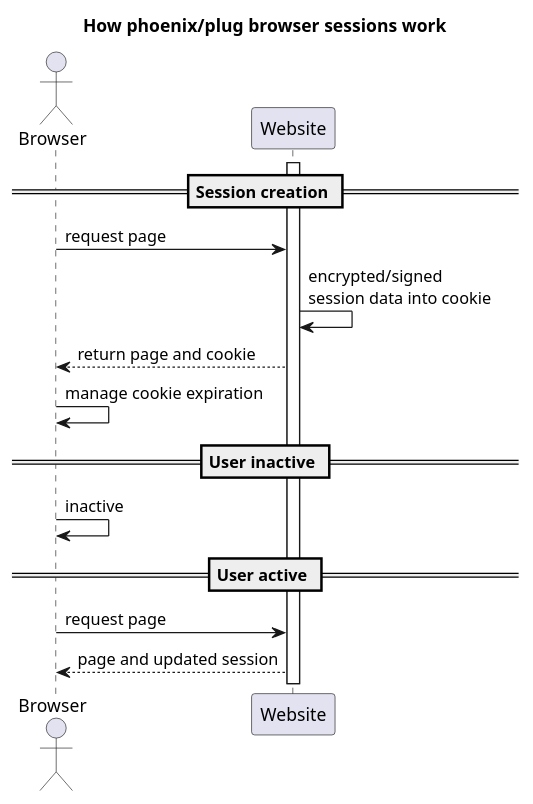
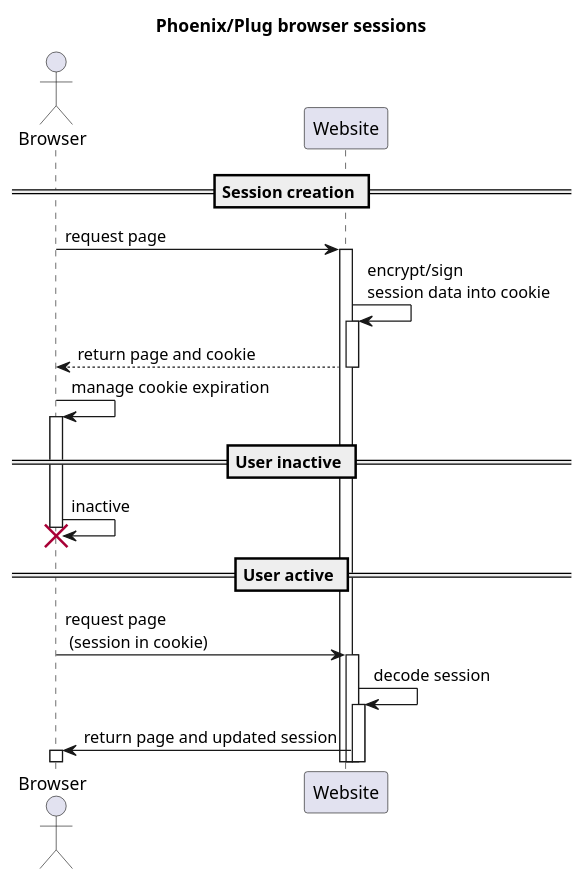
One commit to esl/bryan_cb_sf_2020_talk changed the diagram in puml/phoenix-and-plug-web-sessions.puml. Above: the diagram before and after it, drawn with PlantUML. The commit also changed 6 other files, not shown here.

```diff
--- a/puml/phoenix-and-plug-web-sessions.puml
+++ b/puml/phoenix-and-plug-web-sessions.puml
@@ -1,20 +1,21 @@
 @startuml overview
 
-title How phoenix/plug browser sessions work 
+title Phoenix/Plug browser sessions 
 actor Browser 
-
+autoactivate on
 == Session creation ==
-activate Website
+' activate Browser
 Browser -> Website: request page
-Website -> Website: encrypted/signed \nsession data into cookie
+Website -> Website: encrypt/sign \nsession data into cookie
 Website --> Browser: return page and cookie
 Browser -> Browser: manage cookie expiration
-
+' deactivate Browser
 == User inactive ==
-Browser -> Browser: inactive
+Browser -> Browser !! : inactive
 
 == User active ==
-Browser -> Website: request page
-return page and updated session 
-
+' activate Browser
+Browser -> Website: request page \n (session in cookie)
+Website -> Website: decode session 
+Website -> Browser: return page and updated session
 @enduml
```
